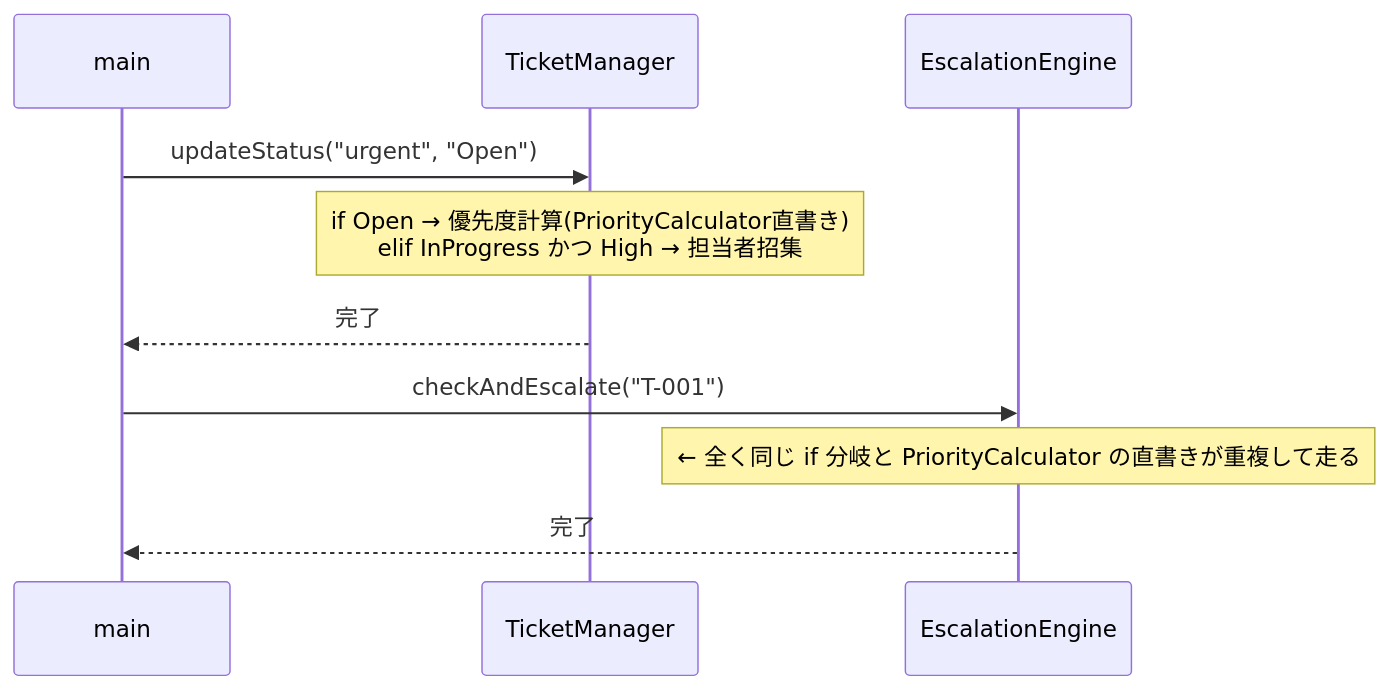
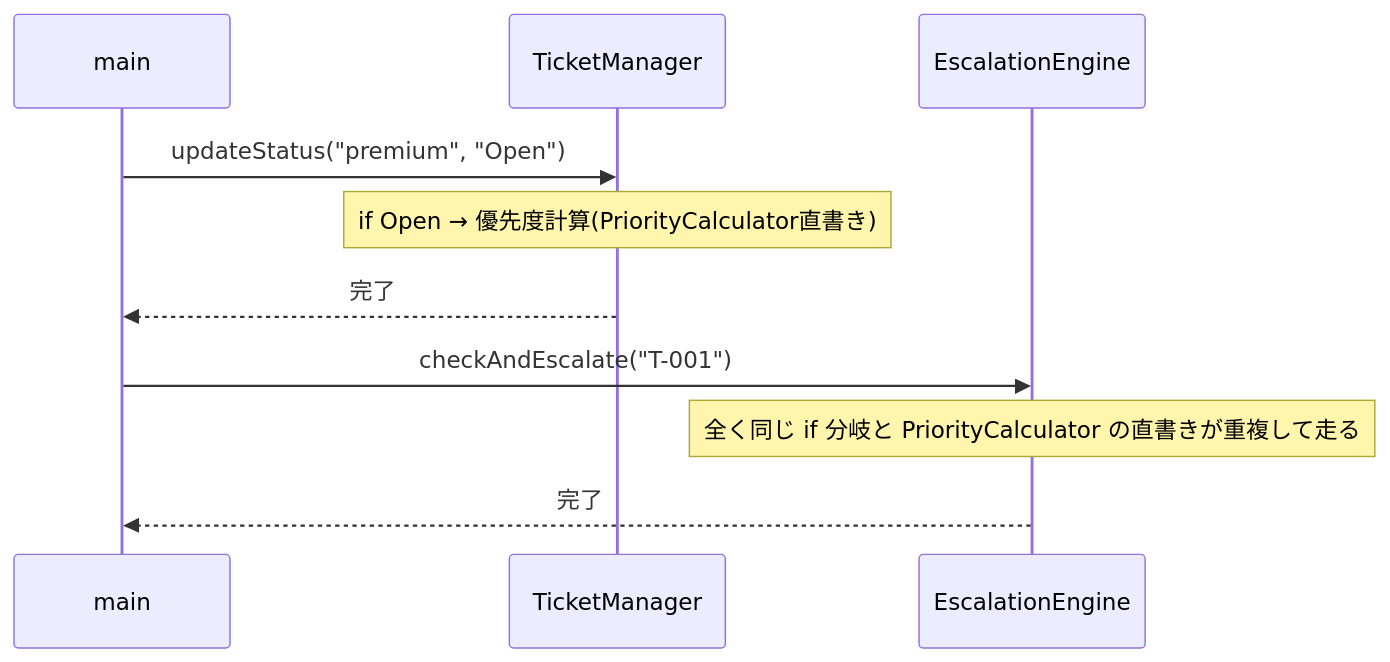
The fifth of 12 diagrams in kindle/design-patterns/output/chapter09_2.md (kumachan1101-pixel/DesignPattern), drawn with Mermaid before and after one commit. The commit also changed other lines of this file and 1 other file, not shown here.

````diff
--- a/kindle/design-patterns/output/chapter09_2.md
+++ b/kindle/design-patterns/output/chapter09_2.md
@@ -442,12 +507,12 @@
 ```mermaid
 sequenceDiagram
     participant main
     participant TM as TicketManager
     participant EE as EscalationEngine
-    main->>TM: updateStatus("urgent", "Open")
-    Note over TM: if Open → 優先度計算(PriorityCalculator直書き)<br/>elif InProgress かつ High → 担当者招集
+    main->>TM: updateStatus("premium", "Open")
+    Note over TM: if Open → 優先度計算(PriorityCalculator直書き)
     TM-->>main: 完了
     main->>EE: checkAndEscalate("T-001")
-    Note over EE: ← 全く同じ if 分岐と PriorityCalculator の直書きが重複して走る
+    Note over EE: 全く同じ if 分岐と PriorityCalculator の直書きが重複して走る
     EE-->>main: 完了
 ```
````
